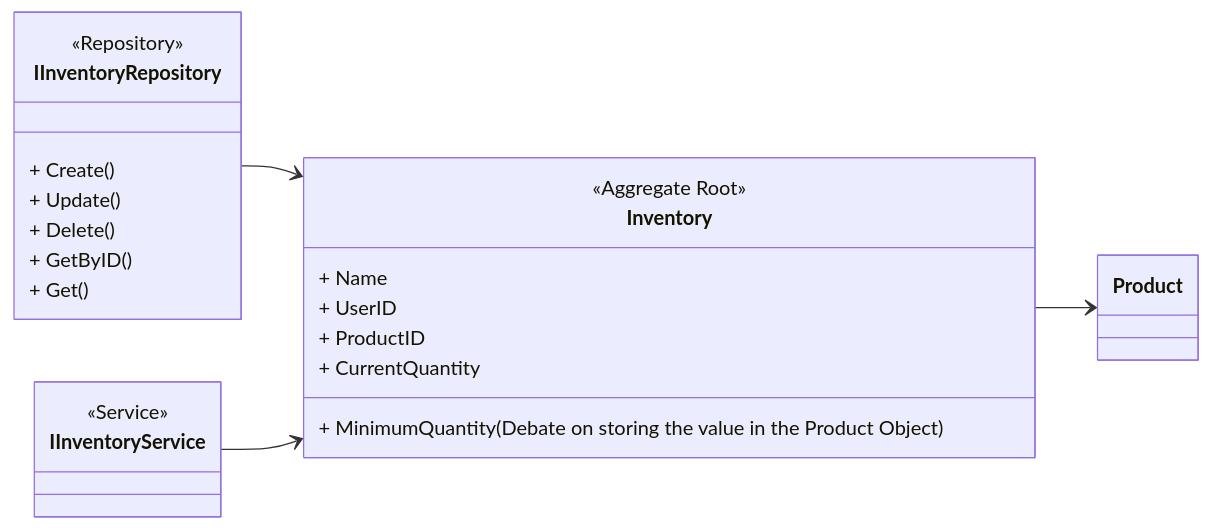
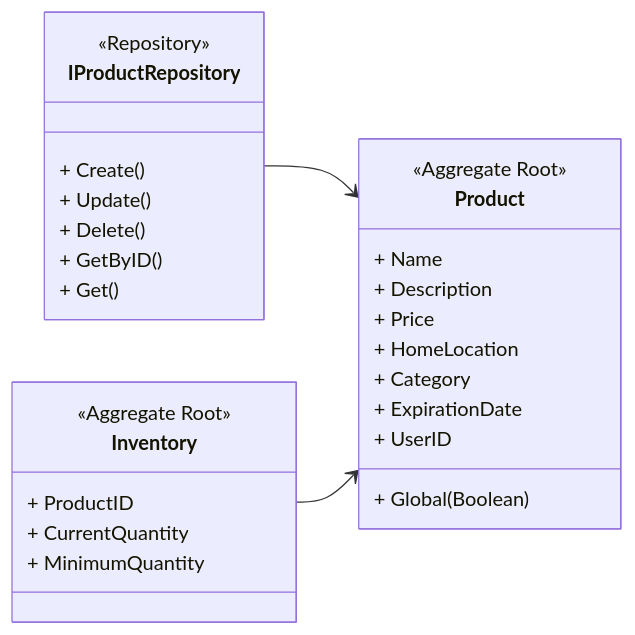
The fourth of 6 diagrams in docs/plan/relations.md (JoachimTislov/foodsavr), drawn with Mermaid before and after one commit. The commit also changed other lines of this file and 4 other files, not shown here.

Commit message:
docs: align project documentation with current firebase-based architecture

````diff
--- a/docs/plan/relations.md
+++ b/docs/plan/relations.md
@@ -213,29 +139,35 @@
 ```mermaid
 classDiagram
     direction LR
-    class IInventoryRepository {
+
+    class IProductRepository {
         <<Repository>>
         + Create()
         + Update()
         + Delete()
         + GetByID()
         + Get()
     }
 
-    class IInventoryService {
-        <<Service>>
+    class Product {
+        <<Aggregate Root>>
+        + Name
+        + Description
+        + Price
+        + HomeLocation
+        + Category
+        + ExpirationDate
+        + UserID
+        + Global (Boolean)
     }
 
     class Inventory {
         <<Aggregate Root>>
-        + Name
-        + UserID
         + ProductID
         + CurrentQuantity
-        + MinimumQuantity (Debate on storing the value in the Product Object)
+        + MinimumQuantity
     }
 
-    IInventoryRepository --> Inventory
-    IInventoryService --> Inventory
+    IProductRepository --> Product
     Inventory --> Product
 ```
````
